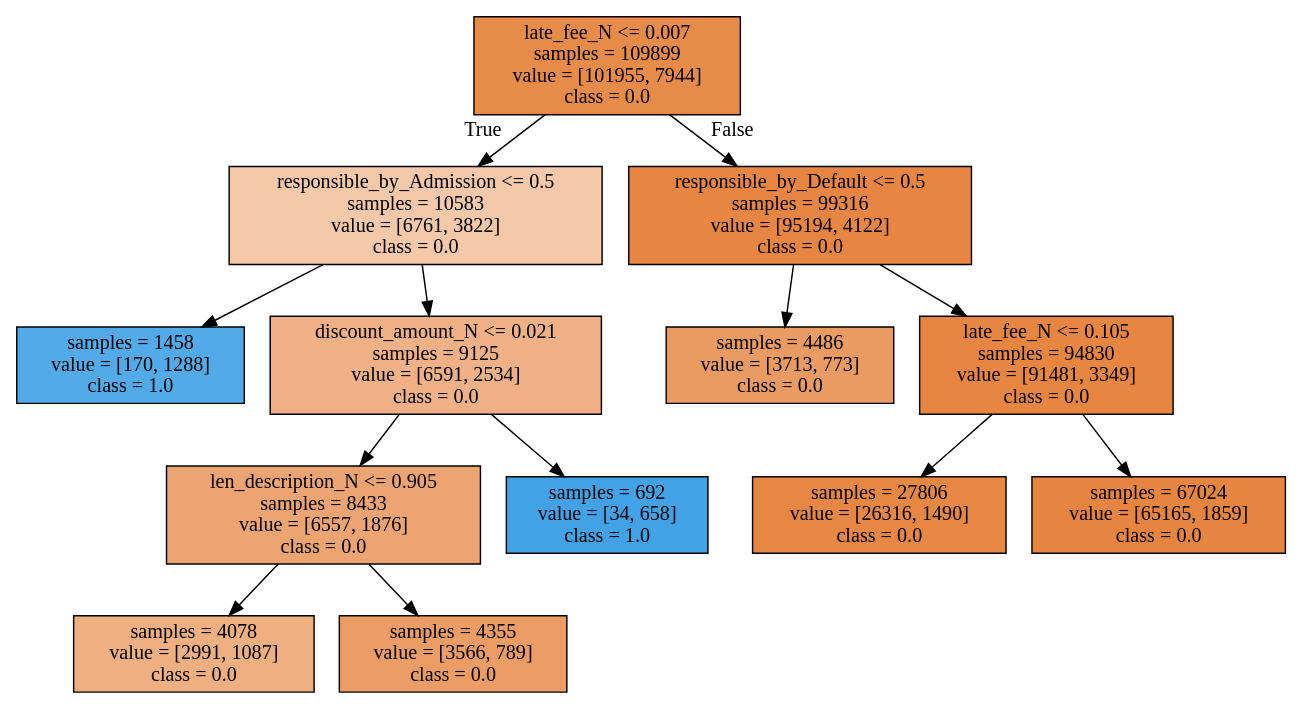
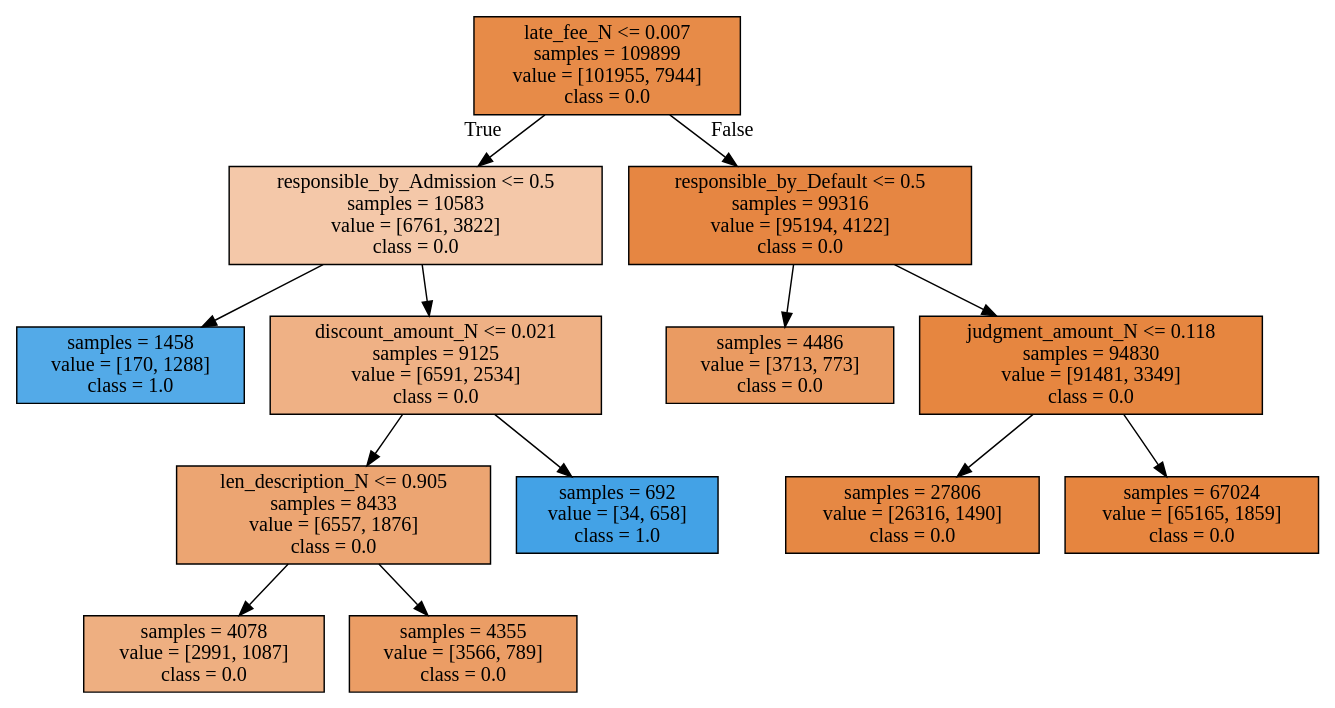
Before and after one commit to ITrustNumbers/A_Classification_Model_To_Predict_Blight_Compliance: the diagram in Tree_Visualization_data.dot, drawn with Graphviz. The commit also changed 16 other files, not shown here.

```diff
--- a/Tree_Visualization_data.dot
+++ b/Tree_Visualization_data.dot
@@ -1,28 +1,28 @@
 digraph Tree {
 node [shape=box, style="filled", color="black"] ;
 0 [label="late_fee_N <= 0.007\nsamples = 109899\nvalue = [101955, 7944]\nclass = 0.0", fillcolor="#e78b48"] ;
 1 [label="responsible_by_Admission <= 0.5\nsamples = 10583\nvalue = [6761, 3822]\nclass = 0.0", fillcolor="#f4c8a9"] ;
 0 -> 1 [labeldistance=2.5, labelangle=45, headlabel="True"] ;
 3 [label="samples = 1458\nvalue = [170, 1288]\nclass = 1.0", fillcolor="#53aae8"] ;
 1 -> 3 ;
 4 [label="discount_amount_N <= 0.021\nsamples = 9125\nvalue = [6591, 2534]\nclass = 0.0", fillcolor="#efb185"] ;
 1 -> 4 ;
 5 [label="len_description_N <= 0.905\nsamples = 8433\nvalue = [6557, 1876]\nclass = 0.0", fillcolor="#eca572"] ;
 4 -> 5 ;
 9 [label="samples = 4078\nvalue = [2991, 1087]\nclass = 0.0", fillcolor="#eeaf81"] ;
 5 -> 9 ;
 10 [label="samples = 4355\nvalue = [3566, 789]\nclass = 0.0", fillcolor="#eb9d65"] ;
 5 -> 10 ;
 6 [label="samples = 692\nvalue = [34, 658]\nclass = 1.0", fillcolor="#43a2e6"] ;
 4 -> 6 ;
 2 [label="responsible_by_Default <= 0.5\nsamples = 99316\nvalue = [95194, 4122]\nclass = 0.0", fillcolor="#e68642"] ;
 0 -> 2 [labeldistance=2.5, labelangle=-45, headlabel="False"] ;
 7 [label="samples = 4486\nvalue = [3713, 773]\nclass = 0.0", fillcolor="#ea9b62"] ;
 2 -> 7 ;
-8 [label="late_fee_N <= 0.105\nsamples = 94830\nvalue = [91481, 3349]\nclass = 0.0", fillcolor="#e68640"] ;
+8 [label="judgment_amount_N <= 0.118\nsamples = 94830\nvalue = [91481, 3349]\nclass = 0.0", fillcolor="#e68640"] ;
 2 -> 8 ;
 11 [label="samples = 27806\nvalue = [26316, 1490]\nclass = 0.0", fillcolor="#e68844"] ;
 8 -> 11 ;
 12 [label="samples = 67024\nvalue = [65165, 1859]\nclass = 0.0", fillcolor="#e6853f"] ;
 8 -> 12 ;
 }
```
